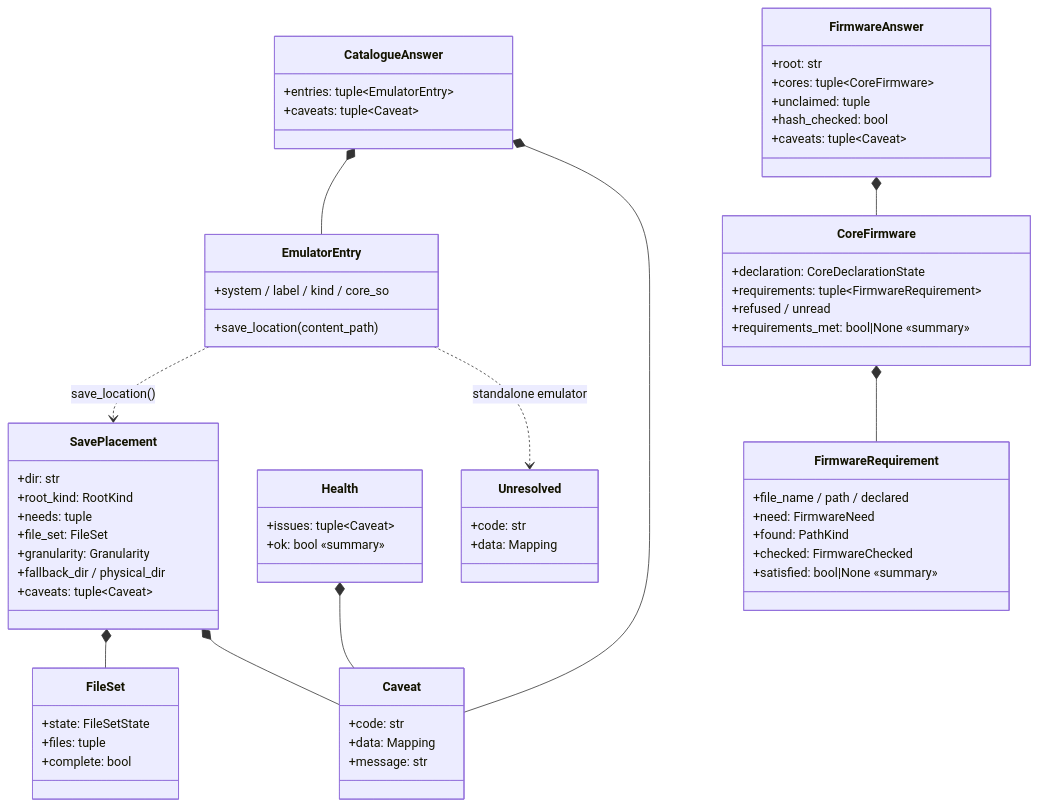
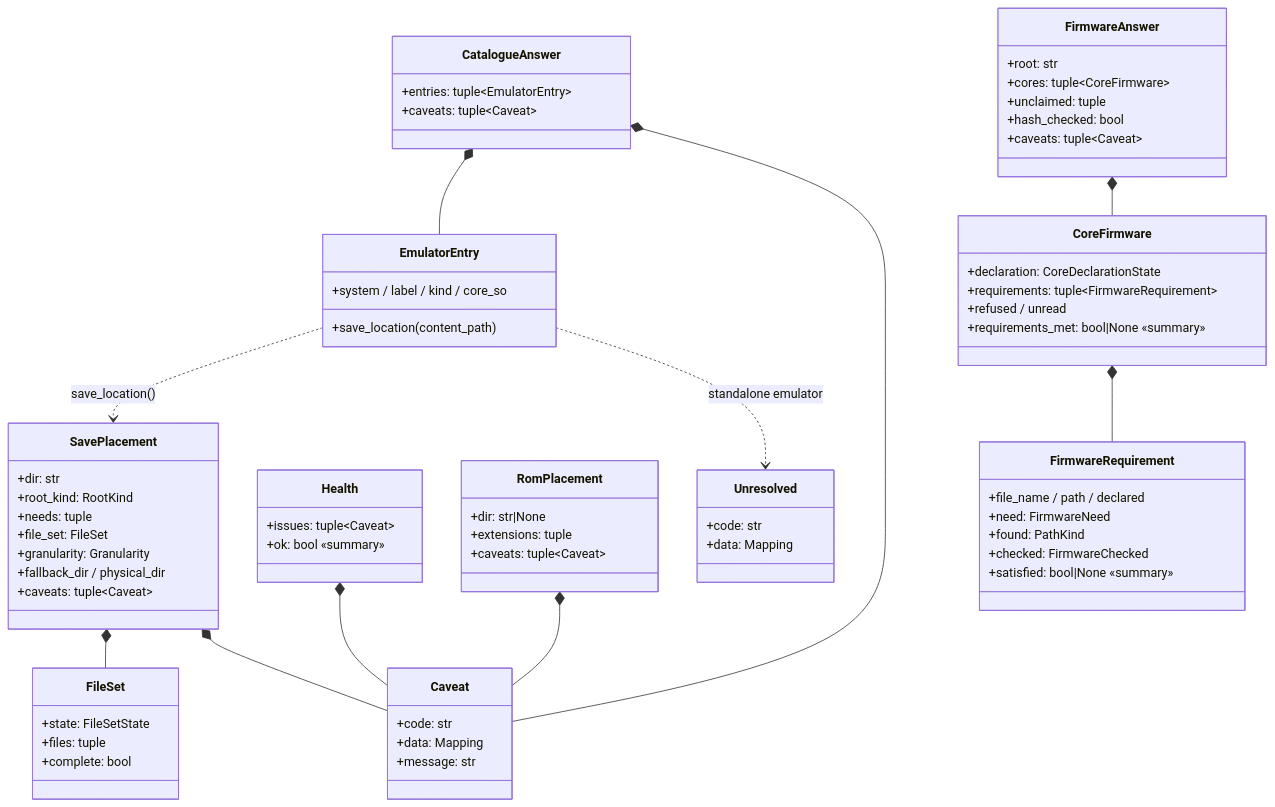
One commit to danielcopper/emu-atlas changed the third of 3 diagrams in docs/architecture.md. Above: the diagram before and after it, drawn with Mermaid. The commit also changed other lines of this file and 2 other files, not shown here.

Commit message:
docs: the ROM question, and two things atlas will not answer
The guide gains the rom_location section — the directory, the extensions,
the four ways there is no directory, and the one instruction that matters:
do not recompute either fact from a table of your own, because a table
does not follow a user who moved their library and is wrong silently when
they do.

Two boundaries move from vague to decided, both as non-goals rather than
gaps. Reverse lookup (save path -> owner) would mean attributing file
names to content, which a core naming saves after a disc id or writing one
shared card per system makes undecidable from the file alone; the
recommended route is for a client to invert its own forward answers, which
is exact for everything it holds and silent about the rest. File metadata
stays the client's because answering it would make every placement pay a
stat per named file, or a full read for a hash — the seam prices those
separately, and Machine.file_size / Machine.file_digest are the escape
hatch for clients that want their reads to go through it too.

````diff
--- a/docs/architecture.md
+++ b/docs/architecture.md
@@ -111,68 +112,74 @@
 ```mermaid
 classDiagram
     class SavePlacement {
         +dir: str
         +root_kind: RootKind
         +needs: tuple
         +file_set: FileSet
         +granularity: Granularity
         +fallback_dir / physical_dir
         +caveats: tuple~Caveat~
     }
     class FileSet {
         +state: FileSetState
         +files: tuple
         +complete: bool
     }
     class Health {
         +issues: tuple~Caveat~
         +ok: bool «summary»
     }
     class CatalogueAnswer {
         +entries: tuple~EmulatorEntry~
+        +caveats: tuple~Caveat~
+    }
+    class RomPlacement {
+        +dir: str|None
+        +extensions: tuple
         +caveats: tuple~Caveat~
     }
     class EmulatorEntry {
         +system / label / kind / core_so
         +save_location(content_path)
     }
     class FirmwareAnswer {
         +root: str
         +cores: tuple~CoreFirmware~
         +unclaimed: tuple
         +hash_checked: bool
         +caveats: tuple~Caveat~
     }
     class CoreFirmware {
         +declaration: CoreDeclarationState
         +requirements: tuple~FirmwareRequirement~
         +refused / unread
         +requirements_met: bool|None «summary»
     }
     class FirmwareRequirement {
         +file_name / path / declared
         +need: FirmwareNeed
         +found: PathKind
         +checked: FirmwareChecked
         +satisfied: bool|None «summary»
     }
     class Caveat {
         +code: str
         +data: Mapping
         +message: str
     }
     class Unresolved {
         +code: str
         +data: Mapping
     }
 
     SavePlacement *-- FileSet
     SavePlacement *-- Caveat
     CatalogueAnswer *-- EmulatorEntry
     CatalogueAnswer *-- Caveat
+    RomPlacement *-- Caveat
     EmulatorEntry ..> SavePlacement : save_location()
     EmulatorEntry ..> Unresolved : standalone emulator
     FirmwareAnswer *-- CoreFirmware
     CoreFirmware *-- FirmwareRequirement
     Health *-- Caveat
 ```
````
